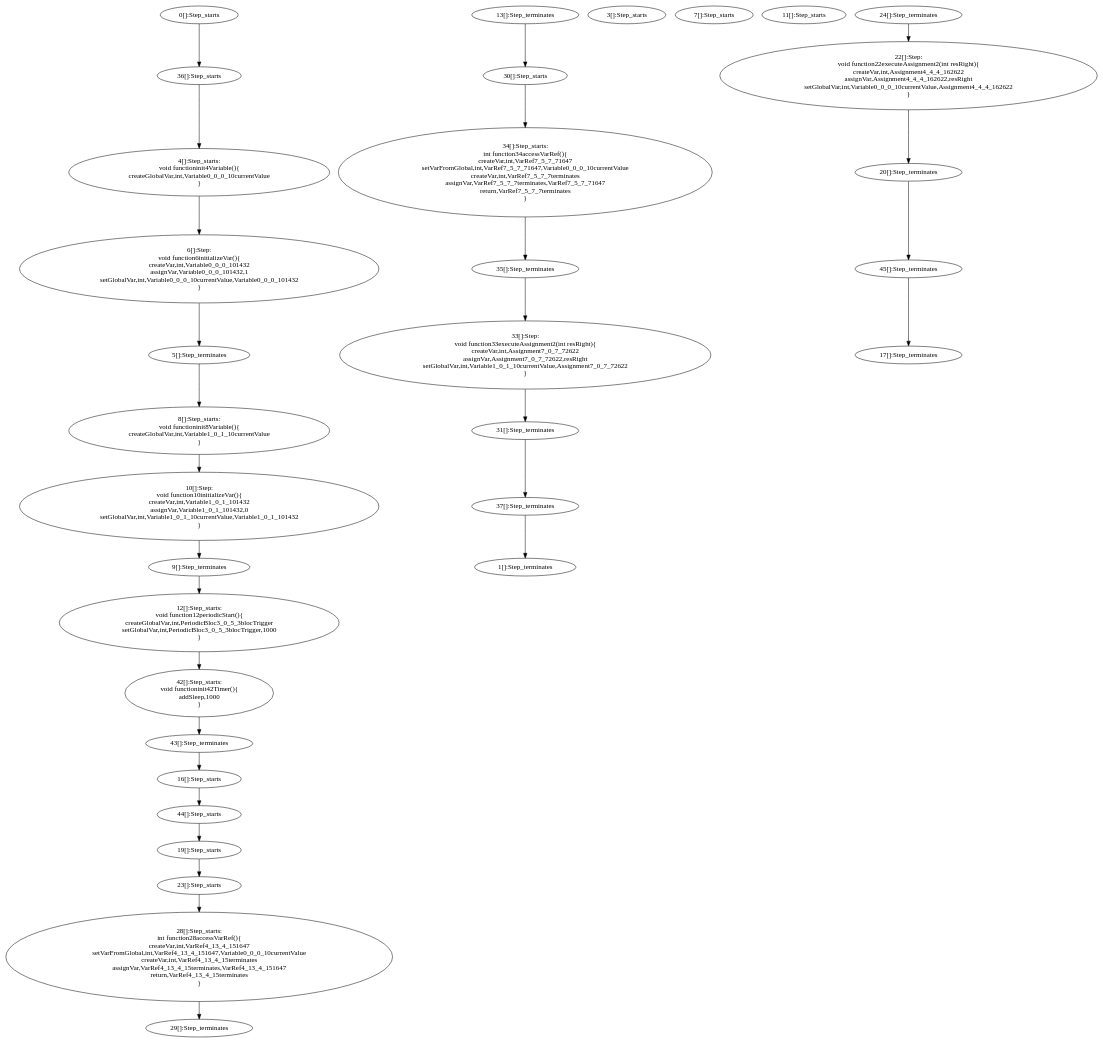
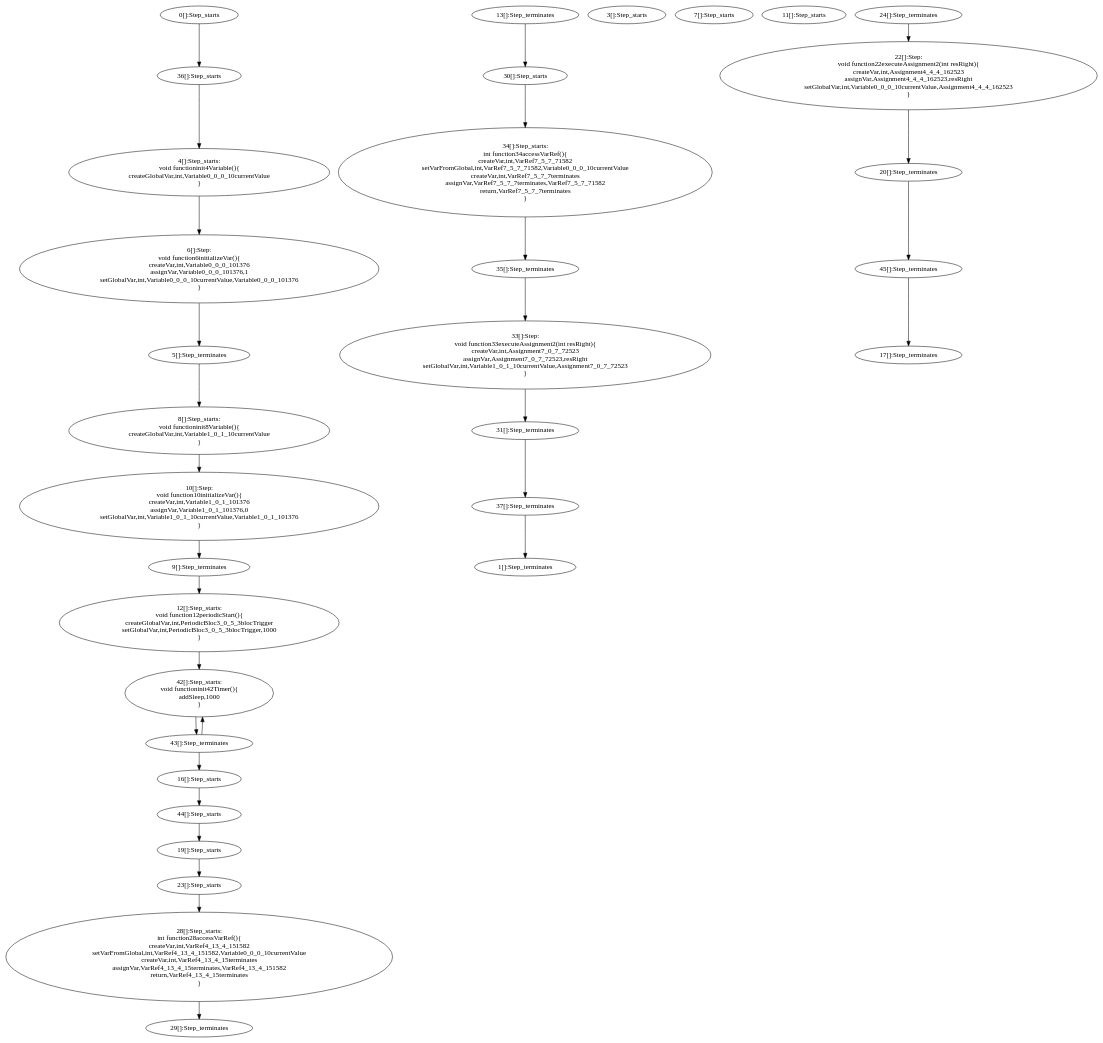
One commit to jdeantoni/TCOS.lang changed the diagram in examples/programs/generated/testPeriodic.dot. Above: the diagram before and after it, drawn with Graphviz. The commit also changed 48 other files, not shown here.

```diff
--- a/examples/programs/generated/testPeriodic.dot
+++ b/examples/programs/generated/testPeriodic.dot
@@ -1,109 +1,110 @@
 digraph G {
   "0" [label="0[]:Step_starts" shape="ellipse" ];
   "1" [label="1[]:Step_terminates" shape="ellipse" ];
   "36" [label="36[]:Step_starts" shape="ellipse" ];
   "37" [label="37[]:Step_terminates" shape="ellipse" ];
   "3" [label="3[]:Step_starts" shape="ellipse" ];
   "4" [label="4[]:Step_starts:
 void functioninit4Variable(){
 createGlobalVar,int,Variable0_0_0_10currentValue
 }" shape="ellipse" ];
   "5" [label="5[]:Step_terminates" shape="ellipse" ];
   "6" [label="6[]:Step:
 void function6initializeVar(){
-createVar,int,Variable0_0_0_101432
-assignVar,Variable0_0_0_101432,1
-setGlobalVar,int,Variable0_0_0_10currentValue,Variable0_0_0_101432
+createVar,int,Variable0_0_0_101376
+assignVar,Variable0_0_0_101376,1
+setGlobalVar,int,Variable0_0_0_10currentValue,Variable0_0_0_101376
 }" shape="ellipse" ];
   "7" [label="7[]:Step_starts" shape="ellipse" ];
   "8" [label="8[]:Step_starts:
 void functioninit8Variable(){
 createGlobalVar,int,Variable1_0_1_10currentValue
 }" shape="ellipse" ];
   "9" [label="9[]:Step_terminates" shape="ellipse" ];
   "10" [label="10[]:Step:
 void function10initializeVar(){
-createVar,int,Variable1_0_1_101432
-assignVar,Variable1_0_1_101432,0
-setGlobalVar,int,Variable1_0_1_10currentValue,Variable1_0_1_101432
+createVar,int,Variable1_0_1_101376
+assignVar,Variable1_0_1_101376,0
+setGlobalVar,int,Variable1_0_1_10currentValue,Variable1_0_1_101376
 }" shape="ellipse" ];
   "11" [label="11[]:Step_starts" shape="ellipse" ];
   "12" [label="12[]:Step_starts:
 void function12periodicStart(){
 createGlobalVar,int,PeriodicBloc3_0_5_3blocTrigger
 setGlobalVar,int,PeriodicBloc3_0_5_3blocTrigger,1000
 }" shape="ellipse" ];
   "13" [label="13[]:Step_terminates" shape="ellipse" ];
   "30" [label="30[]:Step_starts" shape="ellipse" ];
   "31" [label="31[]:Step_terminates" shape="ellipse" ];
   "33" [label="33[]:Step:
 void function33executeAssignment2(int resRight){
-createVar,int,Assignment7_0_7_72622
-assignVar,Assignment7_0_7_72622,resRight
-setGlobalVar,int,Variable1_0_1_10currentValue,Assignment7_0_7_72622
+createVar,int,Assignment7_0_7_72523
+assignVar,Assignment7_0_7_72523,resRight
+setGlobalVar,int,Variable1_0_1_10currentValue,Assignment7_0_7_72523
 }" shape="ellipse" ];
   "42" [label="42[]:Step_starts:
 void functioninit42Timer(){
 addSleep,1000
 }" shape="ellipse" ];
   "43" [label="43[]:Step_terminates" shape="ellipse" ];
   "16" [label="16[]:Step_starts" shape="ellipse" ];
   "17" [label="17[]:Step_terminates" shape="ellipse" ];
   "34" [label="34[]:Step_starts:
 int function34accessVarRef(){
-createVar,int,VarRef7_5_7_71647
-setVarFromGlobal,int,VarRef7_5_7_71647,Variable0_0_0_10currentValue
+createVar,int,VarRef7_5_7_71582
+setVarFromGlobal,int,VarRef7_5_7_71582,Variable0_0_0_10currentValue
 createVar,int,VarRef7_5_7_7terminates
-assignVar,VarRef7_5_7_7terminates,VarRef7_5_7_71647
+assignVar,VarRef7_5_7_7terminates,VarRef7_5_7_71582
 return,VarRef7_5_7_7terminates
 }" shape="ellipse" ];
   "35" [label="35[]:Step_terminates" shape="ellipse" ];
   "44" [label="44[]:Step_starts" shape="ellipse" ];
   "45" [label="45[]:Step_terminates" shape="ellipse" ];
   "19" [label="19[]:Step_starts" shape="ellipse" ];
   "20" [label="20[]:Step_terminates" shape="ellipse" ];
   "22" [label="22[]:Step:
 void function22executeAssignment2(int resRight){
-createVar,int,Assignment4_4_4_162622
-assignVar,Assignment4_4_4_162622,resRight
-setGlobalVar,int,Variable0_0_0_10currentValue,Assignment4_4_4_162622
+createVar,int,Assignment4_4_4_162523
+assignVar,Assignment4_4_4_162523,resRight
+setGlobalVar,int,Variable0_0_0_10currentValue,Assignment4_4_4_162523
 }" shape="ellipse" ];
   "23" [label="23[]:Step_starts" shape="ellipse" ];
   "24" [label="24[]:Step_terminates" shape="ellipse" ];
   "28" [label="28[]:Step_starts:
 int function28accessVarRef(){
-createVar,int,VarRef4_13_4_151647
-setVarFromGlobal,int,VarRef4_13_4_151647,Variable0_0_0_10currentValue
+createVar,int,VarRef4_13_4_151582
+setVarFromGlobal,int,VarRef4_13_4_151582,Variable0_0_0_10currentValue
 createVar,int,VarRef4_13_4_15terminates
-assignVar,VarRef4_13_4_15terminates,VarRef4_13_4_151647
+assignVar,VarRef4_13_4_15terminates,VarRef4_13_4_151582
 return,VarRef4_13_4_15terminates
 }" shape="ellipse" ];
   "29" [label="29[]:Step_terminates" shape="ellipse" ];
   "0" -> "36" [label=""];
   "37" -> "1" [label=""];
   "36" -> "4" [label=""];
   "5" -> "8" [label=""];
   "9" -> "12" [label=""];
   "13" -> "30" [label=""];
   "31" -> "37" [label=""];
   "4" -> "6" [label=""];
   "6" -> "5" [label=""];
   "8" -> "10" [label=""];
   "10" -> "9" [label=""];
   "12" -> "42" [label=""];
   "43" -> "16" [label=""];
   "30" -> "34" [label=""];
   "35" -> "33" [label=""];
   "33" -> "31" [label=""];
   "42" -> "43" [label=""];
+  "43" -> "42" [label=""];
   "16" -> "44" [label=""];
   "45" -> "17" [label=""];
   "34" -> "35" [label=""];
   "44" -> "19" [label=""];
   "20" -> "45" [label=""];
   "19" -> "23" [label=""];
   "24" -> "22" [label=""];
   "22" -> "20" [label=""];
   "23" -> "28" [label=""];
   "28" -> "29" [label=""];
 }
```
